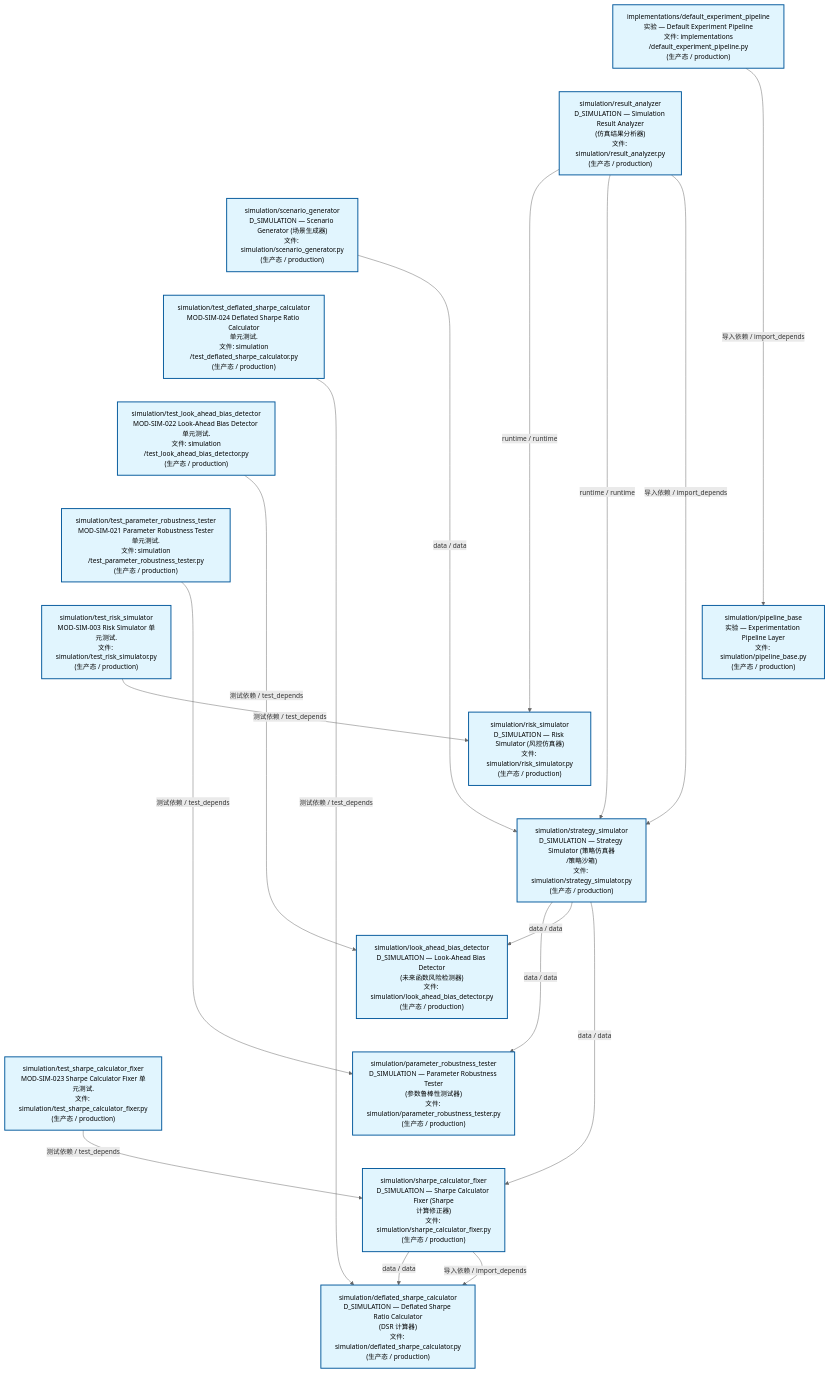
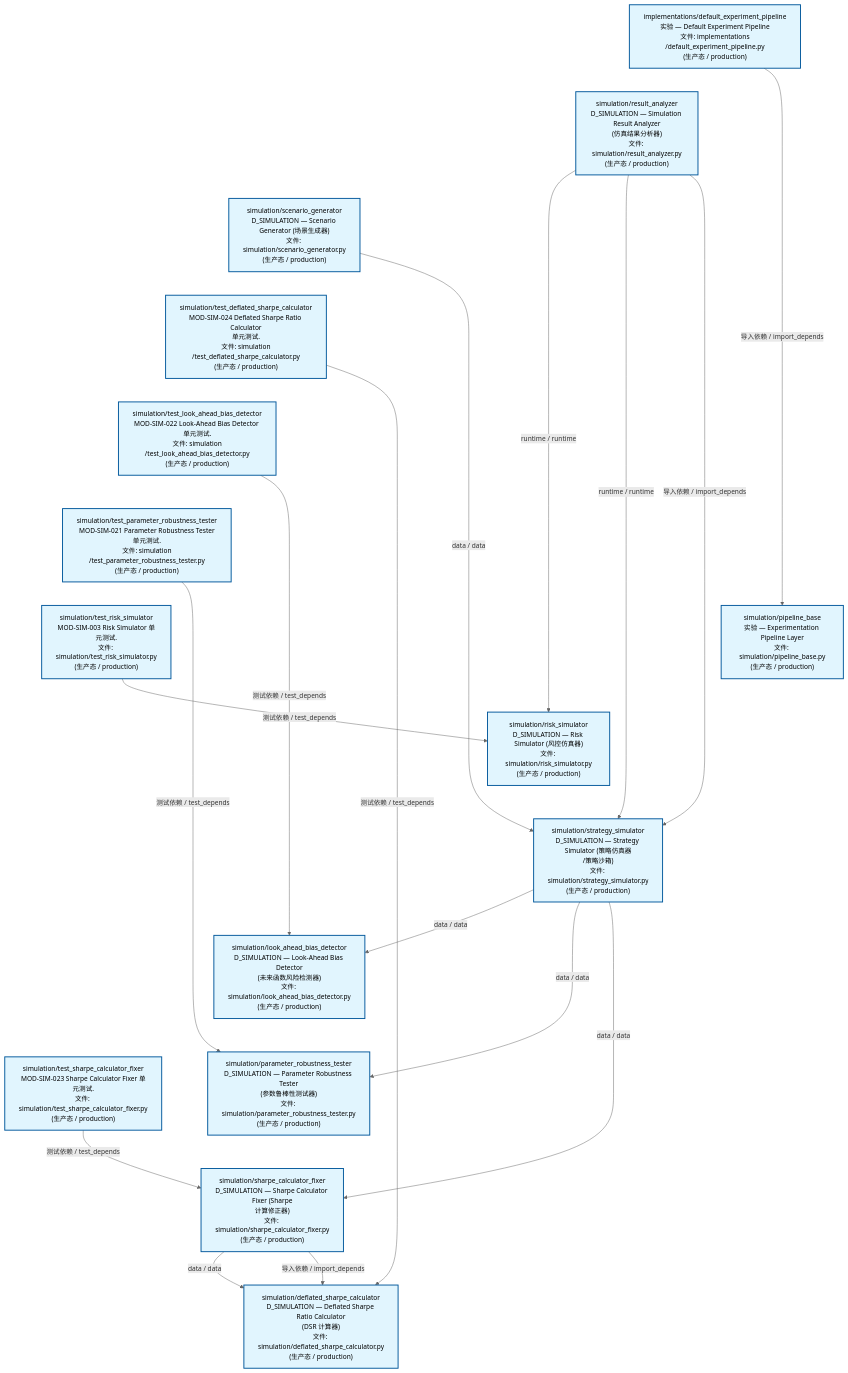
Before and after one commit to xuanFelixVan/ZephyrAlpha: the second of 3 diagrams in docs/02_enterprise_architecture/02_domain_architecture_docs/70_d_simulation.md, drawn with Mermaid. The commit also changed other lines of this file and 41 other files, not shown here.

````diff
--- a/docs/02_enterprise_architecture/02_domain_architecture_docs/70_d_simulation.md
+++ b/docs/02_enterprise_architecture/02_domain_architecture_docs/70_d_simulation.md
@@ -123,50 +123,50 @@
 ```mermaid
 %%{init: {'theme': 'base', 'themeVariables': {'primaryColor': '#eaeaea', 'primaryTextColor': '#333333', 'primaryBorderColor': '#666666', 'lineColor': '#666666', 'secondaryColor': '#eaeaea', 'tertiaryColor': '#eaeaea', 'fontSize': '14px'}}}%%
 flowchart TD
     src_zephyr_simulation_implementations_default_experiment_pipeline_py["implementations/default_experiment_pipeline<br/>实验 — Default Experiment Pipeline<br/>文件: implementations<br/>/default_experiment_pipeline.py<br/>(生产态 / production)"]
     src_zephyr_simulation_result_analyzer_py["simulation/result_analyzer<br/>D_SIMULATION — Simulation Result Analyzer<br/>(仿真结果分析器)<br/>文件: simulation/result_analyzer.py<br/>(生产态 / production)"]
     src_zephyr_simulation_scenario_generator_py["simulation/scenario_generator<br/>D_SIMULATION — Scenario Generator (场景生成器)<br/>文件: simulation/scenario_generator.py<br/>(生产态 / production)"]
     tests_simulation_test_deflated_sharpe_calculator_py["simulation/test_deflated_sharpe_calculator<br/>MOD-SIM-024 Deflated Sharpe Ratio Calculator<br/>单元测试.<br/>文件: simulation<br/>/test_deflated_sharpe_calculator.py<br/>(生产态 / production)"]
     tests_simulation_test_look_ahead_bias_detector_py["simulation/test_look_ahead_bias_detector<br/>MOD-SIM-022 Look-Ahead Bias Detector 单元测试.<br/>文件: simulation<br/>/test_look_ahead_bias_detector.py<br/>(生产态 / production)"]
     tests_simulation_test_parameter_robustness_tester_py["simulation/test_parameter_robustness_tester<br/>MOD-SIM-021 Parameter Robustness Tester<br/>单元测试.<br/>文件: simulation<br/>/test_parameter_robustness_tester.py<br/>(生产态 / production)"]
     tests_simulation_test_risk_simulator_py["simulation/test_risk_simulator<br/>MOD-SIM-003 Risk Simulator 单元测试.<br/>文件: simulation/test_risk_simulator.py<br/>(生产态 / production)"]
     tests_simulation_test_sharpe_calculator_fixer_py["simulation/test_sharpe_calculator_fixer<br/>MOD-SIM-023 Sharpe Calculator Fixer 单元测试.<br/>文件: simulation/test_sharpe_calculator_fixer.py<br/>(生产态 / production)"]
     src_zephyr_simulation_implementations_default_experiment_pipeline_py ~~~ src_zephyr_simulation_result_analyzer_py
     src_zephyr_simulation_result_analyzer_py ~~~ src_zephyr_simulation_scenario_generator_py
     src_zephyr_simulation_scenario_generator_py ~~~ tests_simulation_test_deflated_sharpe_calculator_py
     tests_simulation_test_deflated_sharpe_calculator_py ~~~ tests_simulation_test_look_ahead_bias_detector_py
     tests_simulation_test_look_ahead_bias_detector_py ~~~ tests_simulation_test_parameter_robustness_tester_py
     tests_simulation_test_parameter_robustness_tester_py ~~~ tests_simulation_test_risk_simulator_py
     tests_simulation_test_risk_simulator_py ~~~ tests_simulation_test_sharpe_calculator_fixer_py
     src_zephyr_simulation_pipeline_base_py["simulation/pipeline_base<br/>实验 — Experimentation Pipeline Layer<br/>文件: simulation/pipeline_base.py<br/>(生产态 / production)"]
     src_zephyr_simulation_risk_simulator_py["simulation/risk_simulator<br/>D_SIMULATION — Risk Simulator (风控仿真器)<br/>文件: simulation/risk_simulator.py<br/>(生产态 / production)"]
     src_zephyr_simulation_strategy_simulator_py["simulation/strategy_simulator<br/>D_SIMULATION — Strategy Simulator (策略仿真器<br/>/策略沙箱)<br/>文件: simulation/strategy_simulator.py<br/>(生产态 / production)"]
     src_zephyr_simulation_pipeline_base_py ~~~ src_zephyr_simulation_risk_simulator_py
     src_zephyr_simulation_risk_simulator_py ~~~ src_zephyr_simulation_strategy_simulator_py
     src_zephyr_simulation_look_ahead_bias_detector_py["simulation/look_ahead_bias_detector<br/>D_SIMULATION — Look-Ahead Bias Detector<br/>(未来函数风险检测器)<br/>文件: simulation/look_ahead_bias_detector.py<br/>(生产态 / production)"]
     src_zephyr_simulation_parameter_robustness_tester_py["simulation/parameter_robustness_tester<br/>D_SIMULATION — Parameter Robustness Tester<br/>(参数鲁棒性测试器)<br/>文件: simulation/parameter_robustness_tester.py<br/>(生产态 / production)"]
     src_zephyr_simulation_sharpe_calculator_fixer_py["simulation/sharpe_calculator_fixer<br/>D_SIMULATION — Sharpe Calculator Fixer (Sharpe<br/>计算修正器)<br/>文件: simulation/sharpe_calculator_fixer.py<br/>(生产态 / production)"]
     src_zephyr_simulation_look_ahead_bias_detector_py ~~~ src_zephyr_simulation_parameter_robustness_tester_py
     src_zephyr_simulation_parameter_robustness_tester_py ~~~ src_zephyr_simulation_sharpe_calculator_fixer_py
     src_zephyr_simulation_deflated_sharpe_calculator_py["simulation/deflated_sharpe_calculator<br/>D_SIMULATION — Deflated Sharpe Ratio Calculator<br/>(DSR 计算器)<br/>文件: simulation/deflated_sharpe_calculator.py<br/>(生产态 / production)"]
+    src_zephyr_simulation_scenario_generator_py -->|data / data| src_zephyr_simulation_strategy_simulator_py
+    src_zephyr_simulation_sharpe_calculator_fixer_py -->|data / data| src_zephyr_simulation_deflated_sharpe_calculator_py
+    src_zephyr_simulation_sharpe_calculator_fixer_py -->|导入依赖 / import_depends| src_zephyr_simulation_deflated_sharpe_calculator_py
+    src_zephyr_simulation_strategy_simulator_py -->|data / data| src_zephyr_simulation_look_ahead_bias_detector_py
+    src_zephyr_simulation_strategy_simulator_py -->|data / data| src_zephyr_simulation_parameter_robustness_tester_py
+    src_zephyr_simulation_strategy_simulator_py -->|data / data| src_zephyr_simulation_sharpe_calculator_fixer_py
     src_zephyr_simulation_result_analyzer_py -->|runtime / runtime| src_zephyr_simulation_risk_simulator_py
     src_zephyr_simulation_result_analyzer_py -->|runtime / runtime| src_zephyr_simulation_strategy_simulator_py
     src_zephyr_simulation_result_analyzer_py -->|导入依赖 / import_depends| src_zephyr_simulation_strategy_simulator_py
-    src_zephyr_simulation_scenario_generator_py -->|data / data| src_zephyr_simulation_strategy_simulator_py
-    src_zephyr_simulation_strategy_simulator_py -->|data / data| src_zephyr_simulation_parameter_robustness_tester_py
-    src_zephyr_simulation_strategy_simulator_py -->|data / data| src_zephyr_simulation_look_ahead_bias_detector_py
-    src_zephyr_simulation_strategy_simulator_py -->|data / data| src_zephyr_simulation_sharpe_calculator_fixer_py
-    src_zephyr_simulation_sharpe_calculator_fixer_py -->|data / data| src_zephyr_simulation_deflated_sharpe_calculator_py
-    src_zephyr_simulation_sharpe_calculator_fixer_py -->|导入依赖 / import_depends| src_zephyr_simulation_deflated_sharpe_calculator_py
     src_zephyr_simulation_implementations_default_experiment_pipeline_py -->|导入依赖 / import_depends| src_zephyr_simulation_pipeline_base_py
+    tests_simulation_test_deflated_sharpe_calculator_py -->|测试依赖 / test_depends| src_zephyr_simulation_deflated_sharpe_calculator_py
     tests_simulation_test_look_ahead_bias_detector_py -->|测试依赖 / test_depends| src_zephyr_simulation_look_ahead_bias_detector_py
-    tests_simulation_test_deflated_sharpe_calculator_py -->|测试依赖 / test_depends| src_zephyr_simulation_deflated_sharpe_calculator_py
-    tests_simulation_test_risk_simulator_py -->|测试依赖 / test_depends| src_zephyr_simulation_risk_simulator_py
     tests_simulation_test_parameter_robustness_tester_py -->|测试依赖 / test_depends| src_zephyr_simulation_parameter_robustness_tester_py
     tests_simulation_test_sharpe_calculator_fixer_py -->|测试依赖 / test_depends| src_zephyr_simulation_sharpe_calculator_fixer_py
+    tests_simulation_test_risk_simulator_py -->|测试依赖 / test_depends| src_zephyr_simulation_risk_simulator_py
     classDef production fill:#e1f5fe,stroke:#01579b,stroke-width:2px,color:#000
     classDef design fill:#fff3e0,stroke:#e65100,stroke-width:2px,color:#000,stroke-dasharray: 5 5
     classDef external_prod fill:#e8f4fd,stroke:#0277bd,stroke-width:1px,color:#000
     classDef external_design fill:#fff8e7,stroke:#ef6c00,stroke-width:1px,color:#000,stroke-dasharray: 5 5
     class src_zephyr_simulation_deflated_sharpe_calculator_py,src_zephyr_simulation_implementations_default_experiment_pipeline_py,src_zephyr_simulation_look_ahead_bias_detector_py,src_zephyr_simulation_parameter_robustness_tester_py,src_zephyr_simulation_pipeline_base_py,src_zephyr_simulation_result_analyzer_py,src_zephyr_simulation_risk_simulator_py,src_zephyr_simulation_scenario_generator_py,src_zephyr_simulation_sharpe_calculator_fixer_py,src_zephyr_simulation_strategy_simulator_py,tests_simulation_test_deflated_sharpe_calculator_py,tests_simulation_test_look_ahead_bias_detector_py,tests_simulation_test_parameter_robustness_tester_py,tests_simulation_test_risk_simulator_py,tests_simulation_test_sharpe_calculator_fixer_py production
 ```
````
